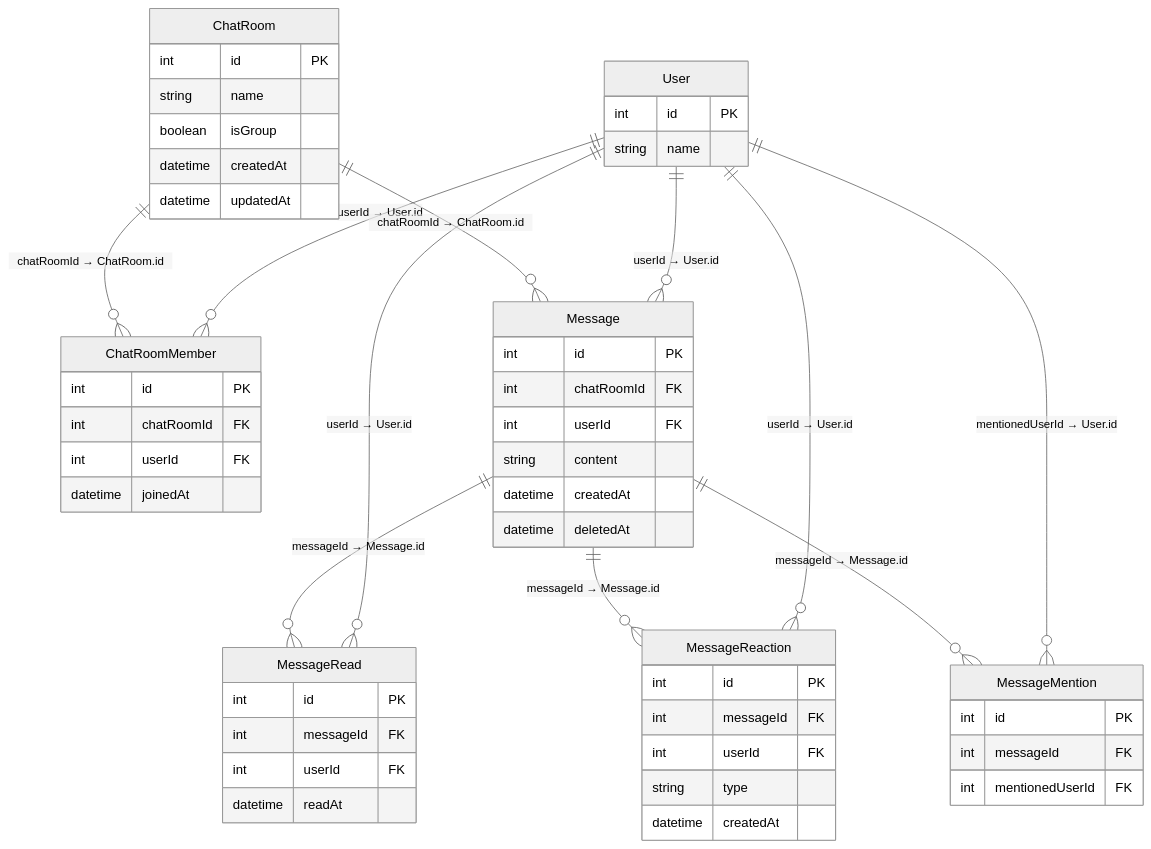
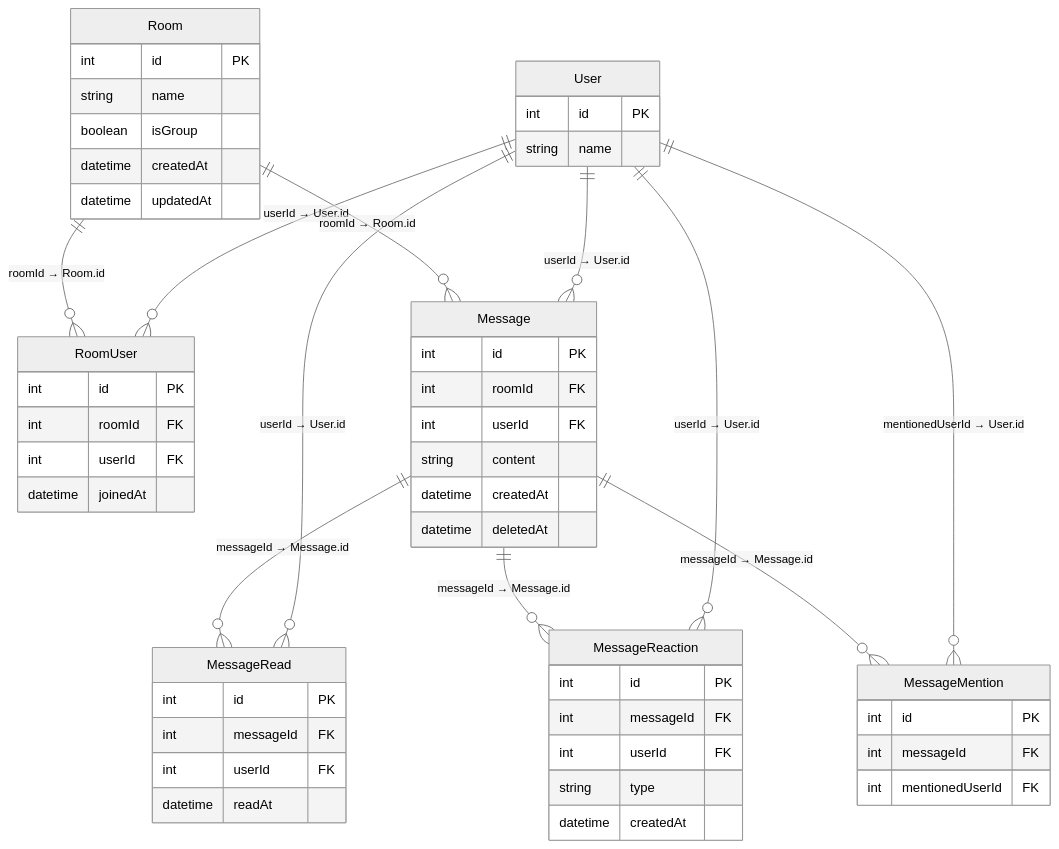
One commit to inokyo1224/public-chat-app-backend changed the diagram in DB設計.md. Above: the diagram before and after it, drawn with Mermaid (neutral theme). The commit also changed other lines of this file, not shown here.

Commit message:
ChatRoom→Room、RoomMember→RoomUserに変更

````diff
--- a/DB設計.md
+++ b/DB設計.md
@@ -71,69 +71,69 @@
 ```mermaid
 erDiagram
     %% Users
-    User ||--o{ ChatRoomMember : "userId → User.id"
+    User ||--o{ RoomUser : "userId → User.id"
     User ||--o{ Message : "userId → User.id"
     User ||--o{ MessageRead : "userId → User.id"
     User ||--o{ MessageReaction : "userId → User.id"
     User ||--o{ MessageMention : "mentionedUserId → User.id"
 
-    %% ChatRooms
-    ChatRoom ||--o{ ChatRoomMember : "chatRoomId → ChatRoom.id"
-    ChatRoom ||--o{ Message : "chatRoomId → ChatRoom.id"
+    %% Rooms
+    Room ||--o{ RoomUser : "roomId → Room.id"
+    Room ||--o{ Message : "roomId → Room.id"
 
     %% Messages
     Message ||--o{ MessageRead : "messageId → Message.id"
     Message ||--o{ MessageReaction : "messageId → Message.id"
     Message ||--o{ MessageMention : "messageId → Message.id"
 
     %% Tables
     User {
         int id PK
         string name
     }
 
-    ChatRoom {
+    Room {
         int id PK
         string name
         boolean isGroup
         datetime createdAt
         datetime updatedAt
     }
 
-    ChatRoomMember {
+    RoomUser {
         int id PK
-        int chatRoomId FK
+        int roomId FK
         int userId FK
         datetime joinedAt
     }
 
     Message {
         int id PK
-        int chatRoomId FK
+        int roomId FK
         int userId FK
         string content
         datetime createdAt
         datetime deletedAt
     }
 
     MessageRead {
         int id PK
         int messageId FK
         int userId FK
         datetime readAt
     }
 
     MessageReaction {
         int id PK
         int messageId FK
         int userId FK
         string type
         datetime createdAt
     }
 
     MessageMention {
         int id PK
         int messageId FK
         int mentionedUserId FK
     }
 ```
````
